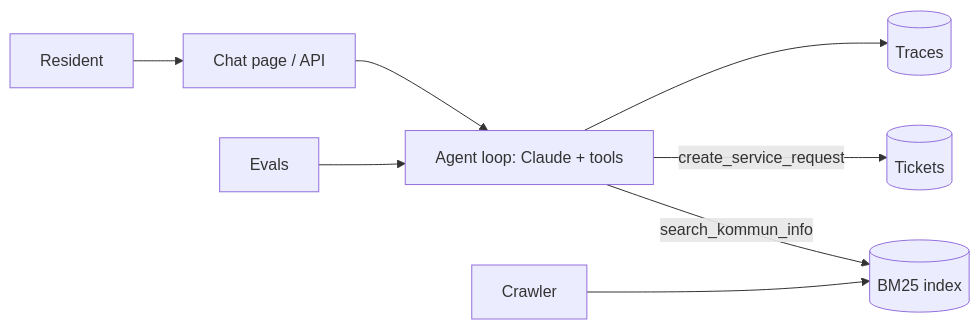
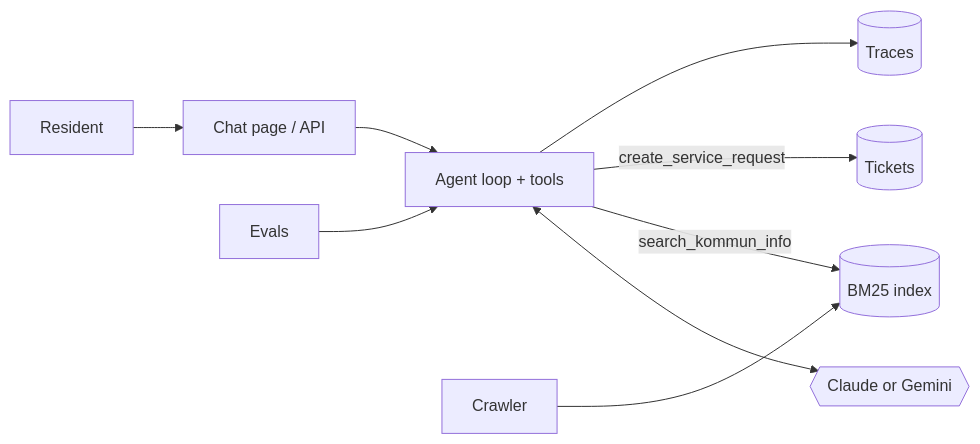
The diagram in README.md (nabilasheikh/kommun-agent), drawn with Mermaid before and after one commit. The commit also changed other lines of this file and 8 other files, not shown here.

````diff
--- a/README.md
+++ b/README.md
@@ -25,10 +26,11 @@
 ```mermaid
 flowchart LR
     R[Resident] --> UI[Chat page / API]
-    UI --> A[Agent loop: Claude + tools]
+    UI --> A[Agent loop + tools]
+    A <--> M{{Claude or Gemini}}
     A -->|search_kommun_info| S[(BM25 index)]
     A -->|create_service_request| T[(Tickets)]
     A --> L[(Traces)]
     C[Crawler] --> S
     E[Evals] --> A
 ```
````
